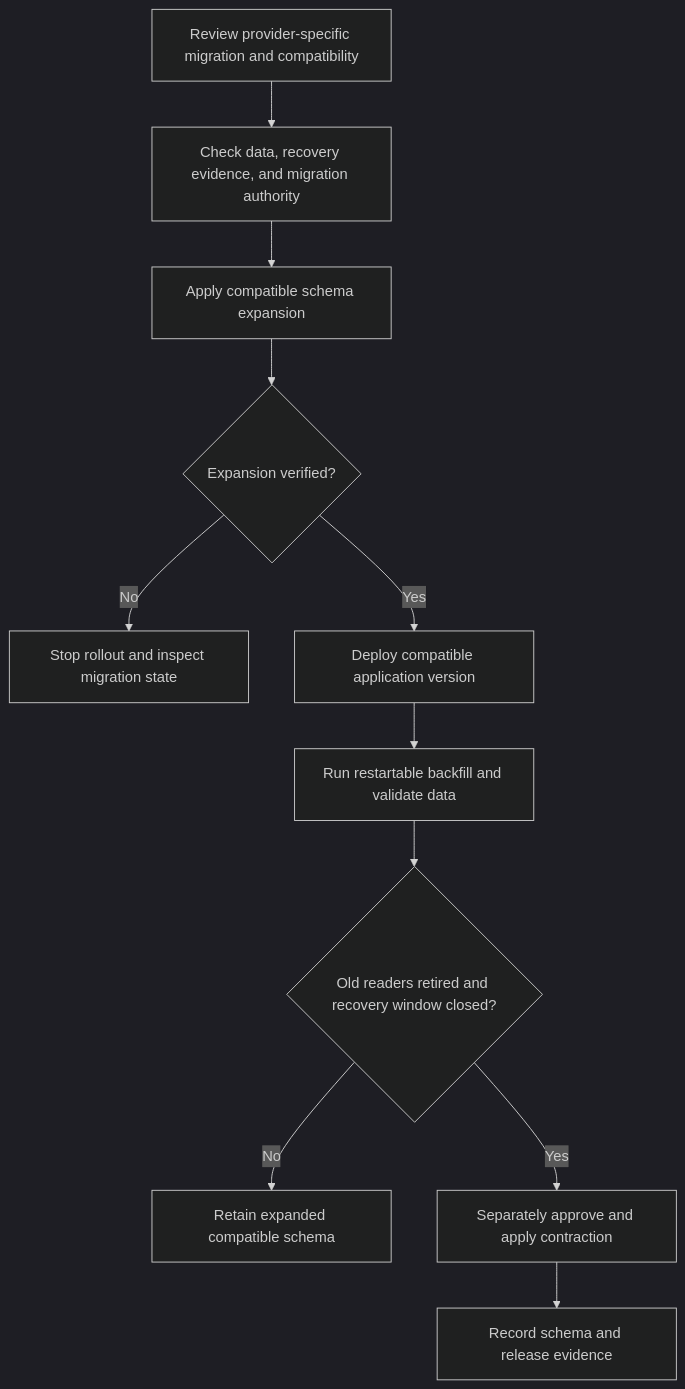
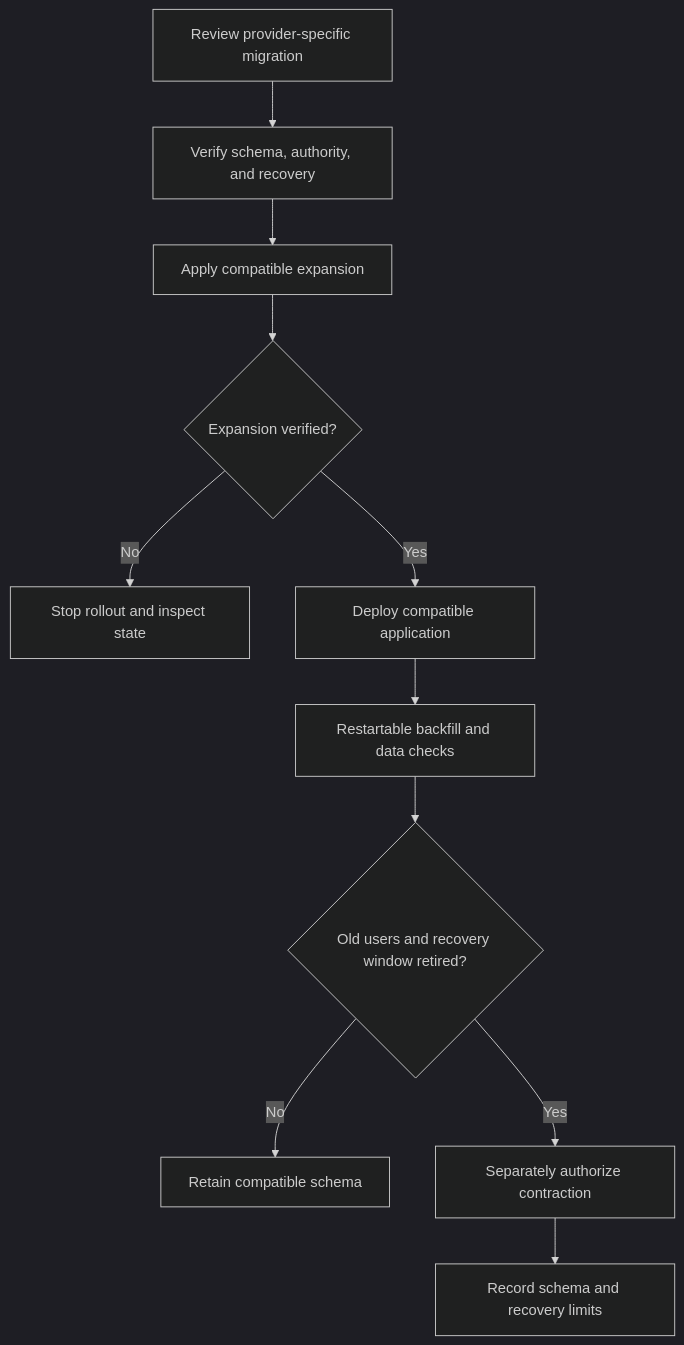
The fifth of 6 diagrams in book/53-ci-cd.md (sheikh-zeeshan/Enterprise-AI-Engineering-Handbook), drawn with Mermaid (dark theme) before and after one commit. The commit also changed other lines of this file and 16 other files, not shown here.

````diff
--- a/book/53-ci-cd.md
+++ b/book/53-ci-cd.md
@@ -440,13 +458,13 @@
 ```mermaid
 flowchart TD
-    Plan["Review provider-specific migration and compatibility"] --> Preflight["Check data, recovery evidence, and migration authority"]
-    Preflight --> Expand["Apply compatible schema expansion"]
-    Expand --> Success{"Expansion verified?"}
-    Success -->|No| Stop["Stop rollout and inspect migration state"]
-    Success -->|Yes| App["Deploy compatible application version"]
-    App --> Backfill["Run restartable backfill and validate data"]
-    Backfill --> Window{"Old readers retired and recovery window closed?"}
-    Window -->|No| Retain["Retain expanded compatible schema"]
-    Window -->|Yes| Contract["Separately approve and apply contraction"]
-    Contract --> Evidence["Record schema and release evidence"]
+    Review["Review provider-specific migration"] --> Preflight["Verify schema, authority, and recovery"]
+    Preflight --> Expand["Apply compatible expansion"]
+    Expand --> Valid{"Expansion verified?"}
+    Valid -->|No| Stop["Stop rollout and inspect state"]
+    Valid -->|Yes| App["Deploy compatible application"]
+    App --> Backfill["Restartable backfill and data checks"]
+    Backfill --> Retire{"Old users and recovery window retired?"}
+    Retire -->|No| Retain["Retain compatible schema"]
+    Retire -->|Yes| Contract["Separately authorize contraction"]
+    Contract --> Evidence["Record schema and recovery limits"]
 ```
````
